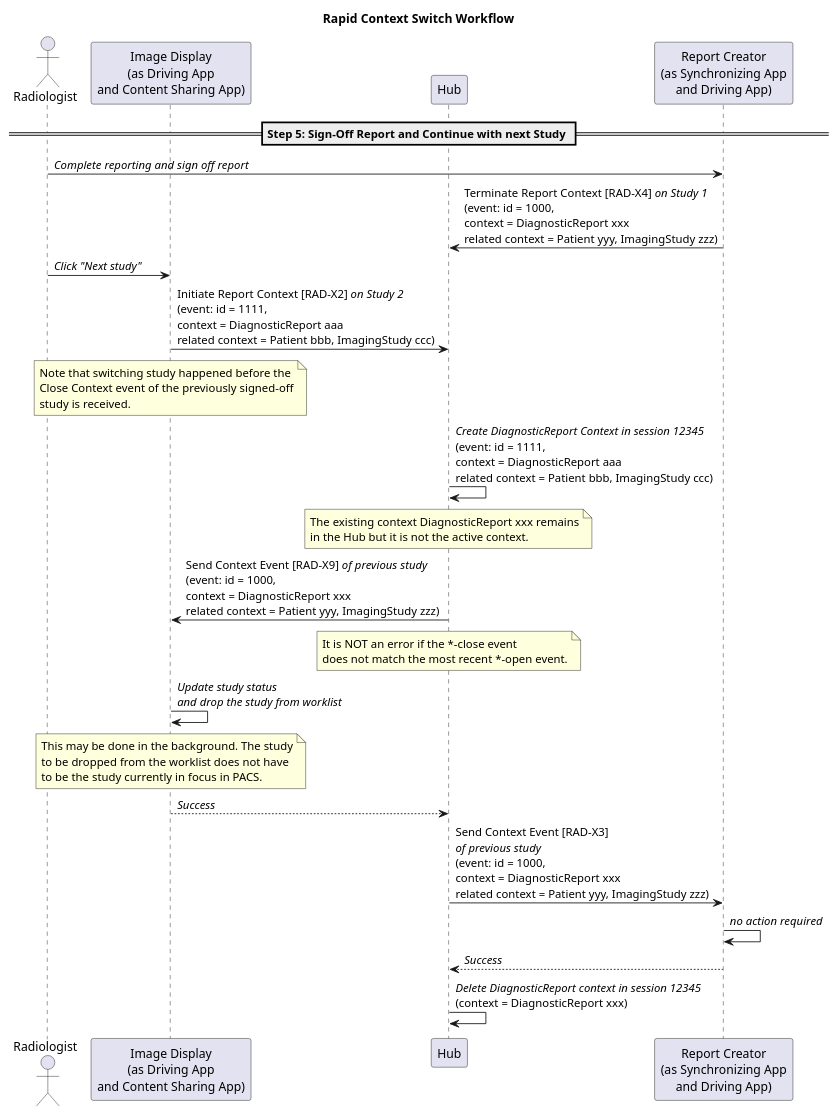
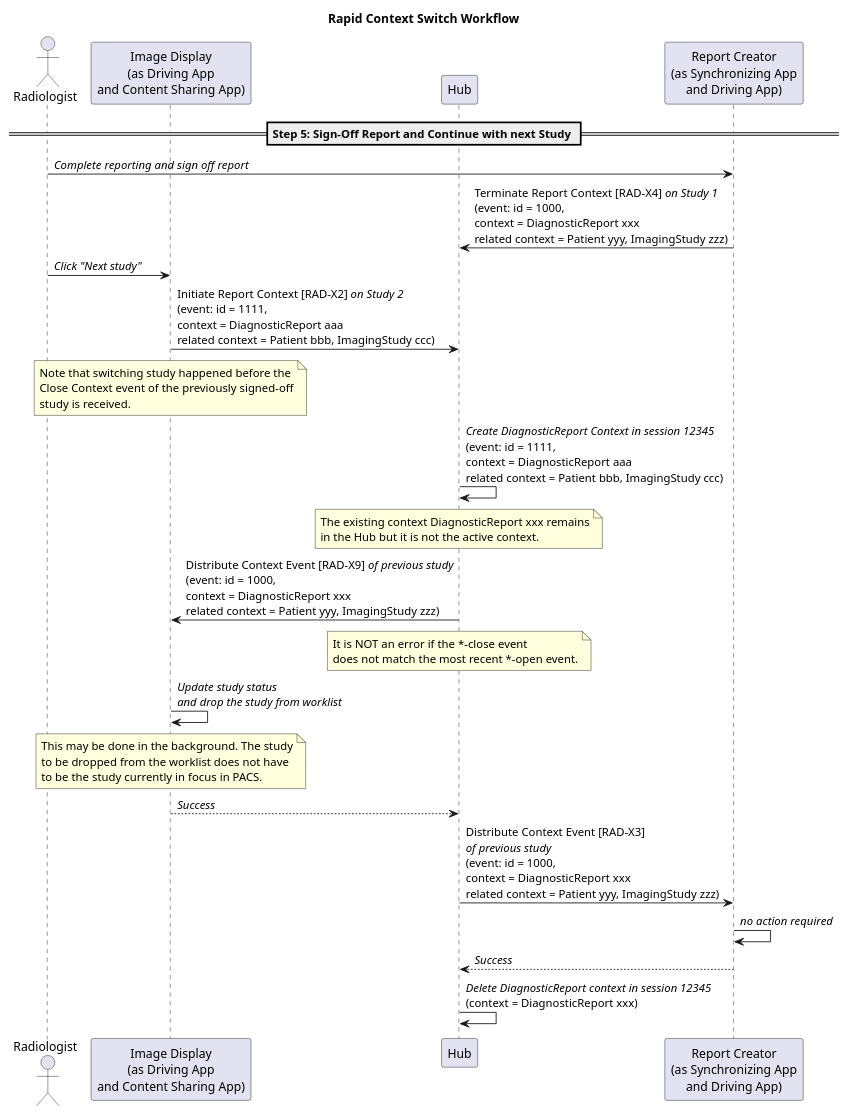
Before and after one commit to IHE/RAD.IRA: the diagram in input/images-source/rapid_switch_context.plantuml, drawn with PlantUML. The commit also changed 11 other files, not shown here.

Commit message:
Changed RAD-X9 to Distribute Context Event.

```diff
--- a/input/images-source/rapid_switch_context.plantuml
+++ b/input/images-source/rapid_switch_context.plantuml
@@ -1,50 +1,50 @@
 @startuml rapid_switch_context
 
 title Rapid Context Switch Workflow
 
 actor Radiologist as User
 participant "Image Display\n(as Driving App\nand Content Sharing App)" as PACS
 participant "Hub" as Hub
 participant "Report Creator\n(as Synchronizing App\nand Driving App)" as Report
 
 == Step 5: Sign-Off Report and Continue with next Study ==
 
 User->Report: //Complete reporting and sign off report//
 Report->Hub: Terminate Report Context [RAD-X4] //on Study 1//\n(event: id = 1000,\ncontext = DiagnosticReport xxx\nrelated context = Patient yyy, ImagingStudy zzz)
 
 User->PACS: //Click "Next study"//
 PACS->Hub: Initiate Report Context [RAD-X2] //on Study 2//\n(event: id = 1111,\ncontext = DiagnosticReport aaa\nrelated context = Patient bbb, ImagingStudy ccc)
 note over PACS
 Note that switching study happened before the
 Close Context event of the previously signed-off
 study is received.
 end note
 
 Hub->Hub: //Create DiagnosticReport Context in session 12345//\n(event: id = 1111,\ncontext = DiagnosticReport aaa\nrelated context = Patient bbb, ImagingStudy ccc)
 note over Hub
 The existing context DiagnosticReport xxx remains
 in the Hub but it is not the active context.
 end note
 
-Hub->PACS: Send Context Event [RAD-X9] //of previous study//\n(event: id = 1000,\ncontext = DiagnosticReport xxx\nrelated context = Patient yyy, ImagingStudy zzz)
+Hub->PACS: Distribute Context Event [RAD-X9] //of previous study//\n(event: id = 1000,\ncontext = DiagnosticReport xxx\nrelated context = Patient yyy, ImagingStudy zzz)
 note over Hub
 It is NOT an error if the *-close event
 does not match the most recent *-open event.
 end note
 
 PACS->PACS: //Update study status//\n//and drop the study from worklist//
 note over PACS
 This may be done in the background. The study
 to be dropped from the worklist does not have
 to be the study currently in focus in PACS.
 end note
 
 PACS-->Hub: //Success//
 
-Hub->Report: Send Context Event [RAD-X3]\n//of previous study//\n(event: id = 1000,\ncontext = DiagnosticReport xxx\nrelated context = Patient yyy, ImagingStudy zzz)
+Hub->Report: Distribute Context Event [RAD-X3]\n//of previous study//\n(event: id = 1000,\ncontext = DiagnosticReport xxx\nrelated context = Patient yyy, ImagingStudy zzz)
 Report->Report: //no action required//
 Report-->Hub: //Success//
 
 Hub->Hub: //Delete DiagnosticReport context in session 12345//\n(context = DiagnosticReport xxx)
 
 @enduml
```
